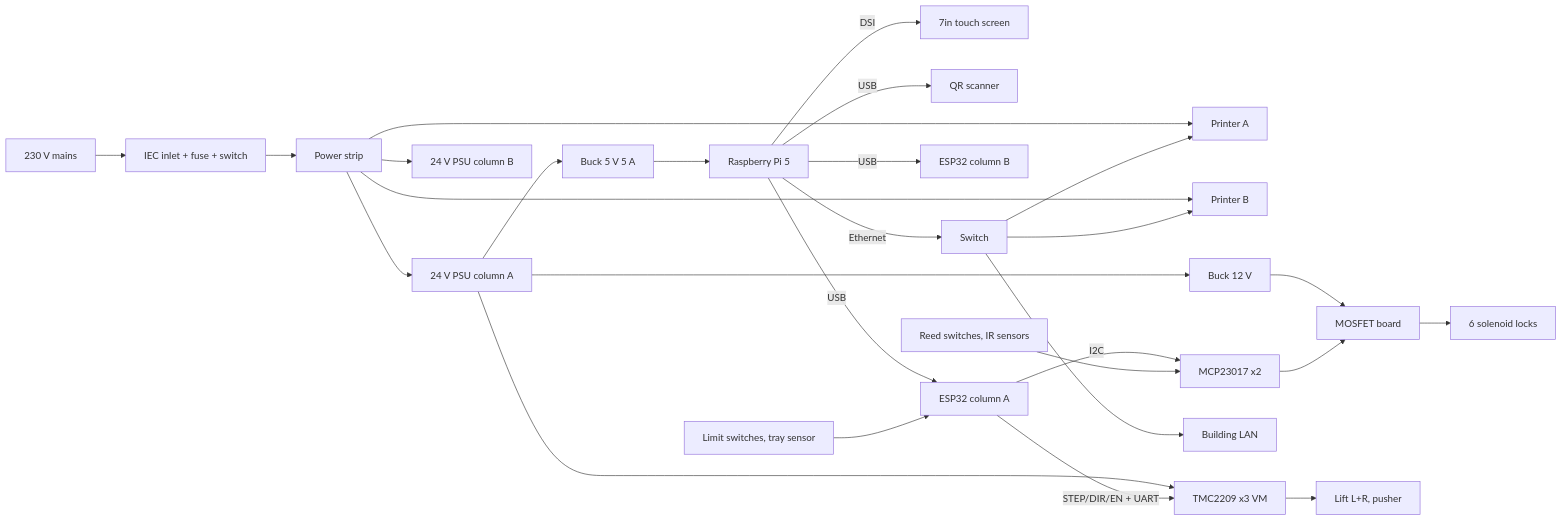
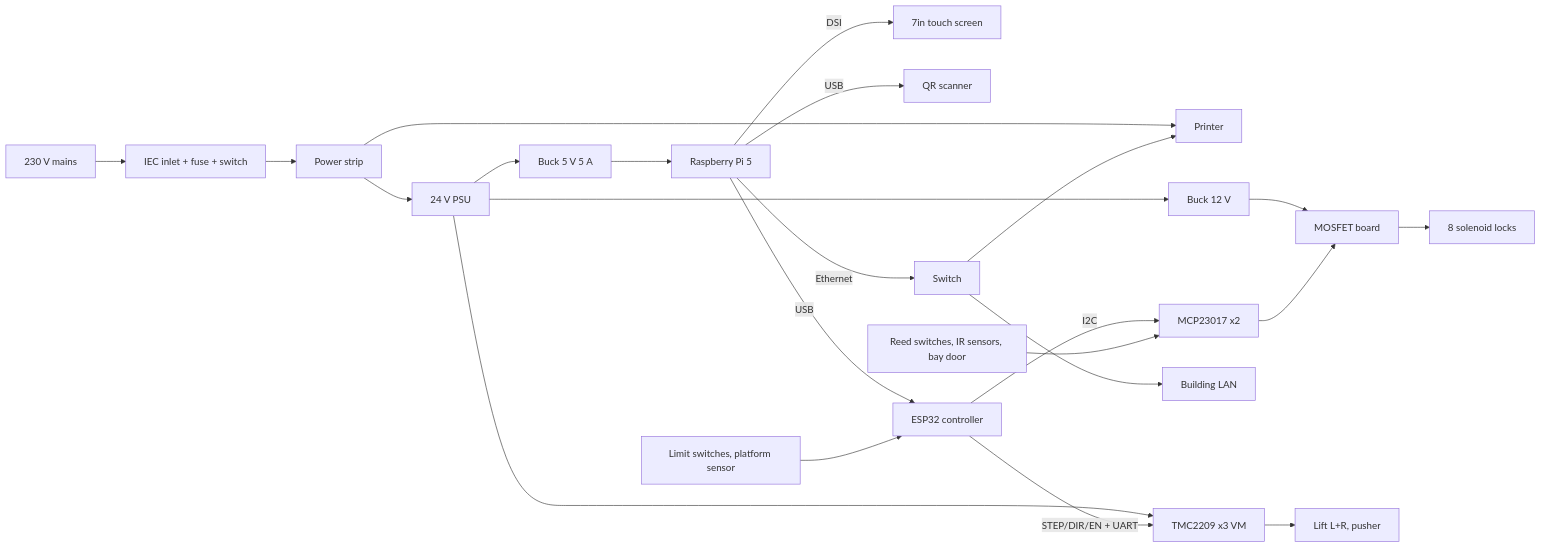
One commit to vardan1245/printlocker changed the diagram in hardware/README.md. Above: the diagram before and after it, drawn with Mermaid. The commit also changed other lines of this file and 9 other files, not shown here.

````diff
--- a/hardware/README.md
+++ b/hardware/README.md
@@ -91,20 +79,17 @@
 ```mermaid
 flowchart LR
   mains[230 V mains] --> iec[IEC inlet + fuse + switch] --> strip[Power strip]
-  strip --> prA[Printer A]
-  strip --> prB[Printer B]
-  strip --> psuA[24 V PSU column A]
-  strip --> psuB[24 V PSU column B]
-  psuA --> drvA[TMC2209 x3 VM]
-  psuA --> b12A[Buck 12 V] --> mosA[MOSFET board] --> locksA[6 solenoid locks]
-  psuA --> b5[Buck 5 V 5 A] --> pi[Raspberry Pi 5]
+  strip --> printer[Printer]
+  strip --> psu[24 V PSU]
+  psu --> drv[TMC2209 x3 VM]
+  psu --> b12[Buck 12 V] --> mos[MOSFET board] --> locks[8 solenoid locks]
+  psu --> b5[Buck 5 V 5 A] --> pi[Raspberry Pi 5]
   pi -- DSI --> screen[7in touch screen]
   pi -- USB --> qr[QR scanner]
-  pi -- USB --> espA[ESP32 column A]
-  pi -- USB --> espB[ESP32 column B]
-  pi -- Ethernet --> sw[Switch] --> prA & prB & lan[Building LAN]
-  espA -- STEP/DIR/EN + UART --> drvA --> motA[Lift L+R, pusher]
-  espA -- I2C --> mcpA[MCP23017 x2] --> mosA
-  reedA[Reed switches, IR sensors] --> mcpA
-  limA[Limit switches, tray sensor] --> espA
+  pi -- USB --> esp[ESP32 controller]
+  pi -- Ethernet --> sw[Switch] --> printer & lan[Building LAN]
+  esp -- STEP/DIR/EN + UART --> drv --> mot[Lift L+R, pusher]
+  esp -- I2C --> mcp[MCP23017 x2] --> mos
+  sens[Reed switches, IR sensors, bay door] --> mcp
+  lim[Limit switches, platform sensor] --> esp
 ```
````
